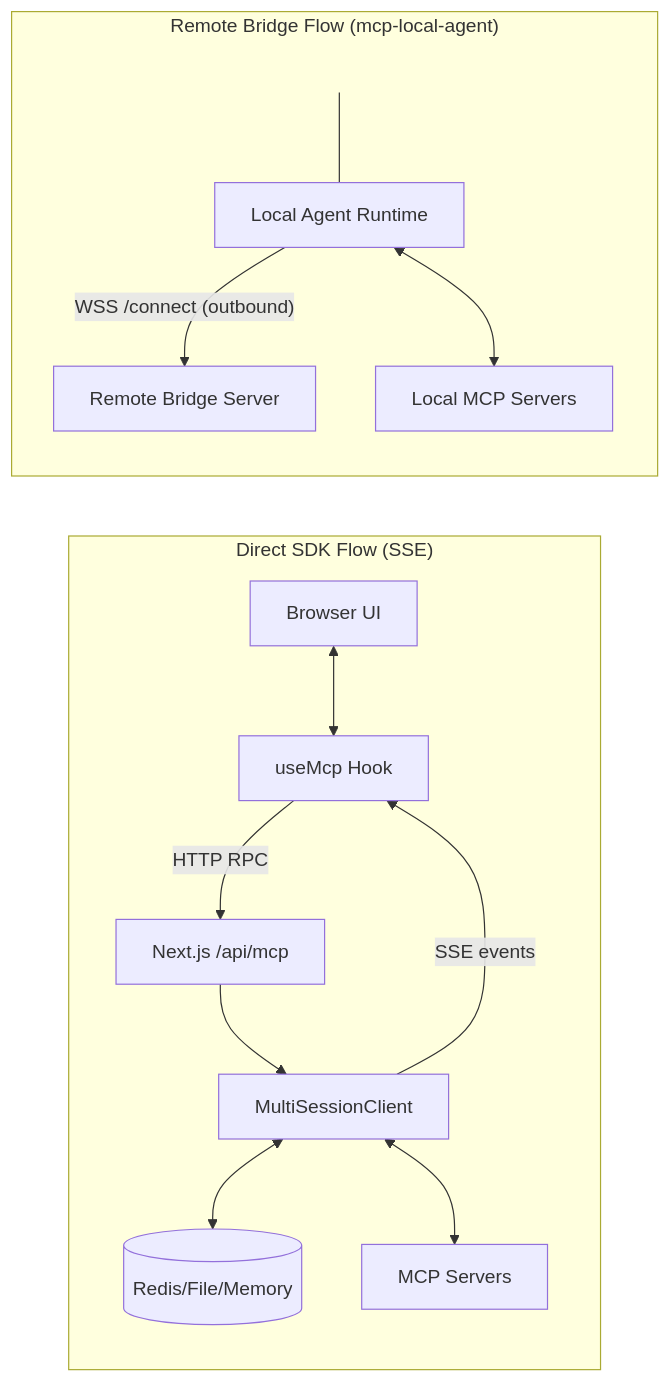
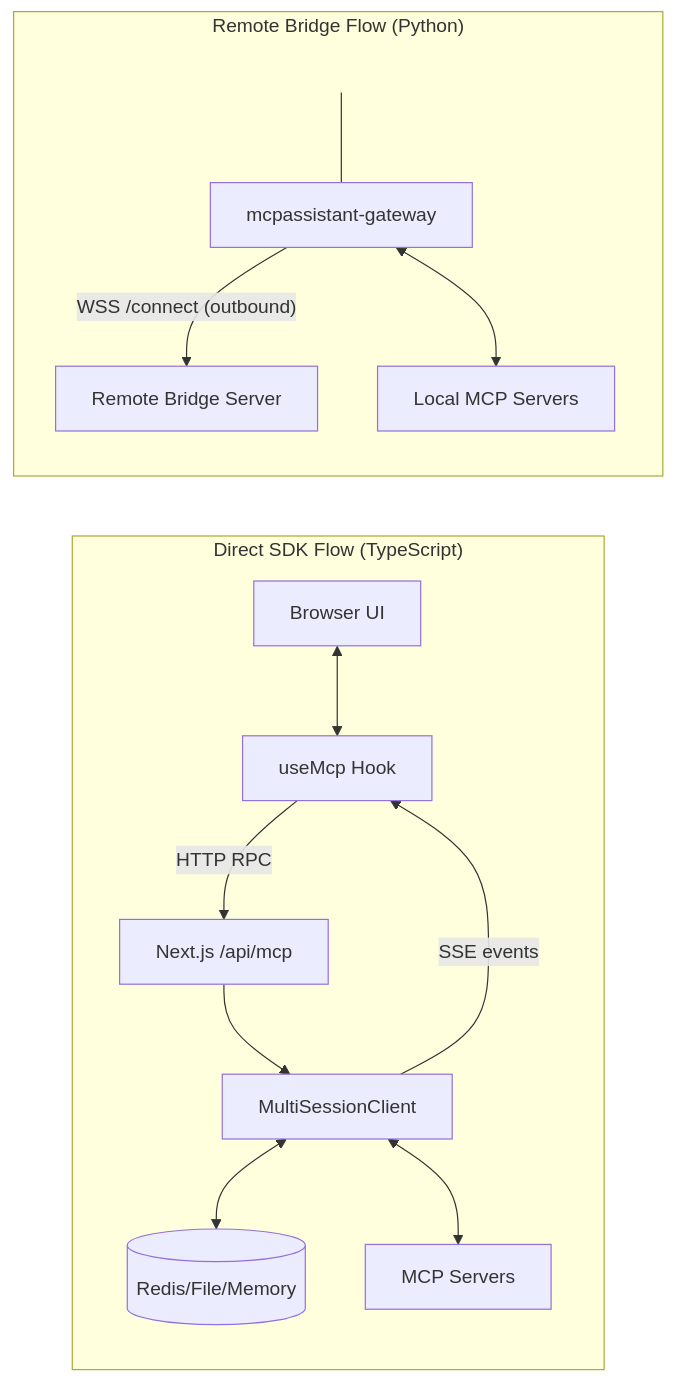
The diagram in README.md (Granny-vs-luke/mcp-ts), drawn with Mermaid before and after one commit. The commit also changed other lines of this file and 18 other files, not shown here.

````diff
--- a/README.md
+++ b/README.md
@@ -330,31 +392,31 @@
 ```mermaid
 graph LR
-    subgraph Direct["Direct SDK Flow (SSE)"]
+    subgraph Direct["Direct SDK Flow (TypeScript)"]
         UI[Browser UI]
         Hook[useMcp Hook]
         API[Next.js /api/mcp]
         Mgr[MultiSessionClient]
         Store[(Redis/File/Memory)]
         MCP[MCP Servers]
 
         UI <--> Hook
         Hook -- "HTTP RPC" --> API
         API --> Mgr
         Mgr -- "SSE events" --> Hook
         Mgr <--> Store
         Mgr <--> MCP
     end
 
-    subgraph Bridge["Remote Bridge Flow (mcp-local-agent)"]
+    subgraph Bridge["Remote Bridge Flow (Python)"]
         direction TB
         Spacer[" "]
-        Agent[Local Agent Runtime]
+        Agent[mcpassistant-gateway]
         Remote[Remote Bridge Server]
         LocalMcp[Local MCP Servers]
 
         Spacer --- Agent
         Agent -- "WSS /connect (outbound)" --> Remote
         Agent <--> LocalMcp
         style Spacer fill:transparent,stroke:transparent,color:transparent
     end
 ```
````
